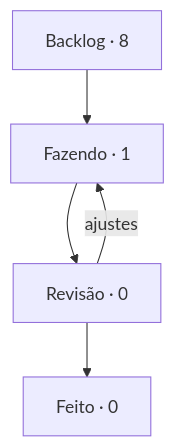
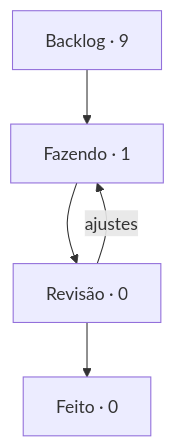
One commit to StudioVibi/VibiKanban changed the diagram in boards/dungeon-bend/BOARD.md. Above: the diagram before and after it, drawn with Mermaid. The commit also changed other lines of this file and 2 other files, not shown here.

````diff
--- a/boards/dungeon-bend/BOARD.md
+++ b/boards/dungeon-bend/BOARD.md
@@ -5,10 +5,10 @@
 ```mermaid
 flowchart TD
-  backlog["Backlog · 8"] --> doing["Fazendo · 1"]
+  backlog["Backlog · 9"] --> doing["Fazendo · 1"]
   doing --> review["Revisão · 0"]
   review --> done["Feito · 0"]
   review -->|ajustes| doing
   doing:::blue
   review:::yellow
   done:::green
 ```
````
